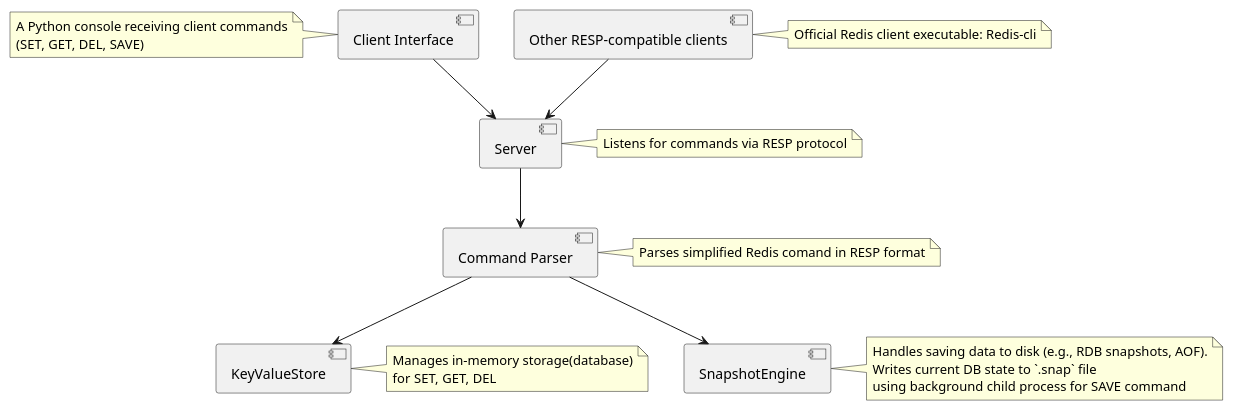
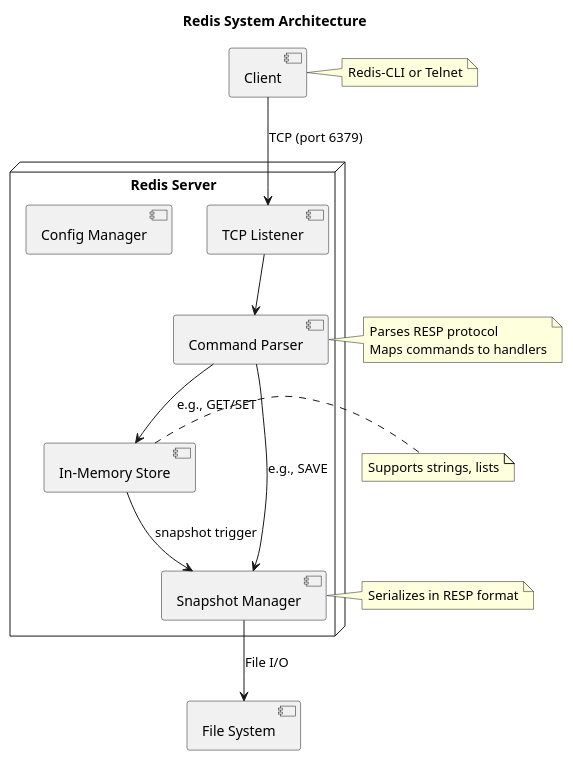
The diagram in docs/analysis/diagrams/components.puml (sleepyviper1213/redis), drawn with PlantUML before and after one commit. The commit also changed 5 other files, not shown here.

First line of the commit message:
[docs]: add Section 3.5 Object-Oriented Models with architecture and diagrams

```diff
--- a/docs/analysis/diagrams/components.puml
+++ b/docs/analysis/diagrams/components.puml
@@ -1,35 +1,37 @@
 @startuml
-[Client Interface] --> [Server]
-[Server] --> [Command Parser]
-[Command Parser] --> [KeyValueStore]
-[Command Parser] --> [SnapshotEngine]
-[Other RESP-compatible clients] --> [Server]
+title Redis System Architecture
 
-note left of [Client Interface]
-  A Python console receiving client commands
-  (SET, GET, DEL, SAVE)
-end note
-note right of [Other RESP-compatible clients]
-  Official Redis client executable: Redis-cli
-end note
+node "Redis Server" {
+    [TCP Listener]
+    [Command Parser]
+    [Config Manager]
+    [Snapshot Manager]
+    [In-Memory Store]
+}
 
-note right of [Server]
-  Listens for commands via RESP protocol
+[Client] --> [TCP Listener] : TCP (port 6379)
+[TCP Listener] --> [Command Parser]
+[Command Parser] --> [In-Memory Store] : e.g., GET/SET
+[Command Parser] --> [Snapshot Manager] : e.g., SAVE
+[In-Memory Store] --> [Snapshot Manager] : snapshot trigger
+[Snapshot Manager] --> [File System] : File I/O
+
+' Notes
+note right of [Client]
+Redis-CLI or Telnet
 end note
 
 note right of [Command Parser]
-Parses simplified Redis comand in RESP format
+Parses RESP protocol
+Maps commands to handlers
 end note
 
-note right of [KeyValueStore]
-  Manages in-memory storage(database)
-  for SET, GET, DEL
+note right of [In-Memory Store]
+Supports strings, lists
 end note
 
-note right of [SnapshotEngine]
-  Handles saving data to disk (e.g., RDB snapshots, AOF).
-  Writes current DB state to `.snap` file
-  using background child process for SAVE command
+note right of [Snapshot Manager]
+Serializes in RESP format
 end note
 
 @enduml
```
